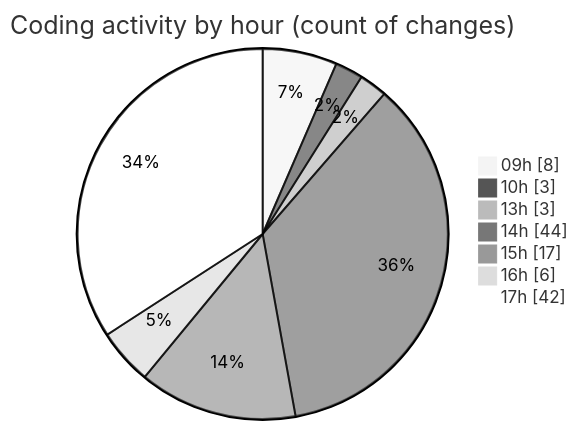
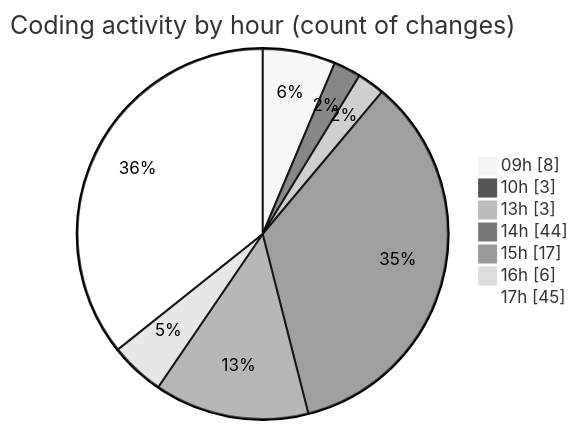
Before and after one commit to momahboobian/code-tracking: the second of 2 diagrams in 2026-04-09/cda/README.md, drawn with Mermaid (neutral theme). The commit also changed other lines of this file and 1 other file, not shown here.

````diff
--- a/2026-04-09/cda/README.md
+++ b/2026-04-09/cda/README.md
@@ -44,11 +44,11 @@
 ```mermaid
 pie showData
 title Coding activity by hour (count of changes)
 "09h" : 8
 "10h" : 3
 "13h" : 3
 "14h" : 44
 "15h" : 17
 "16h" : 6
-"17h" : 42
+"17h" : 45
 ```
````
